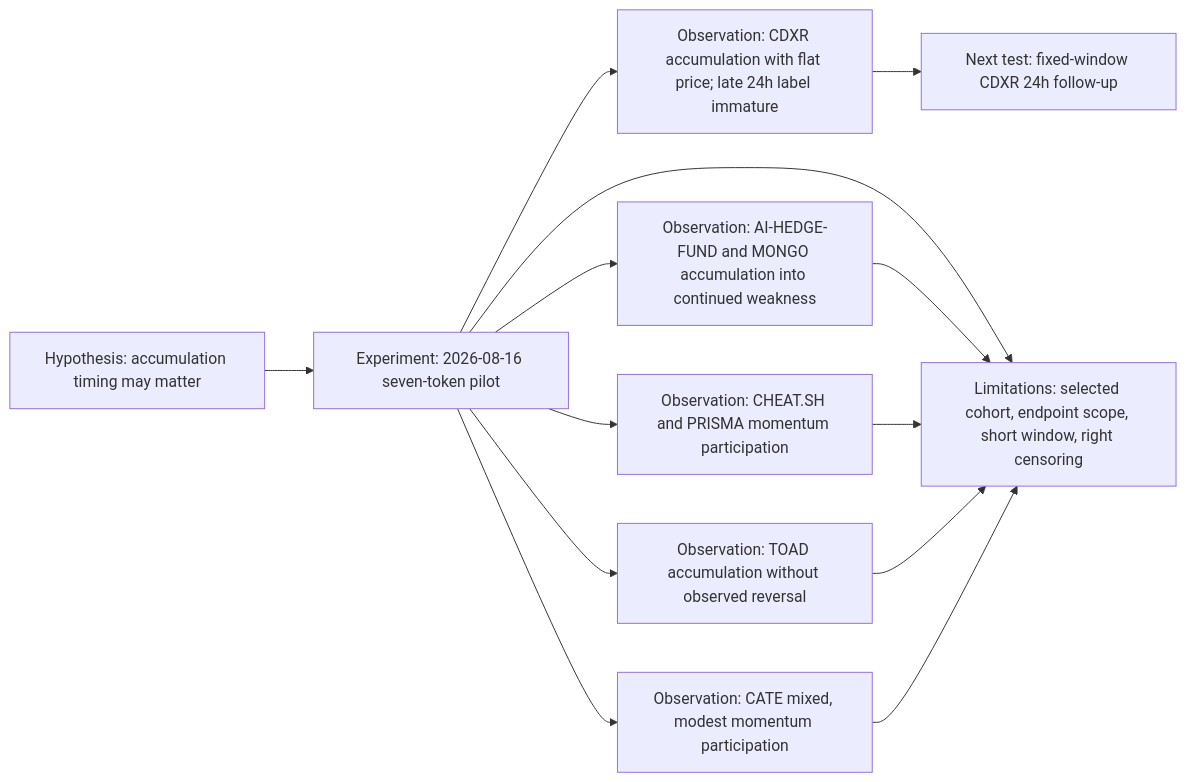
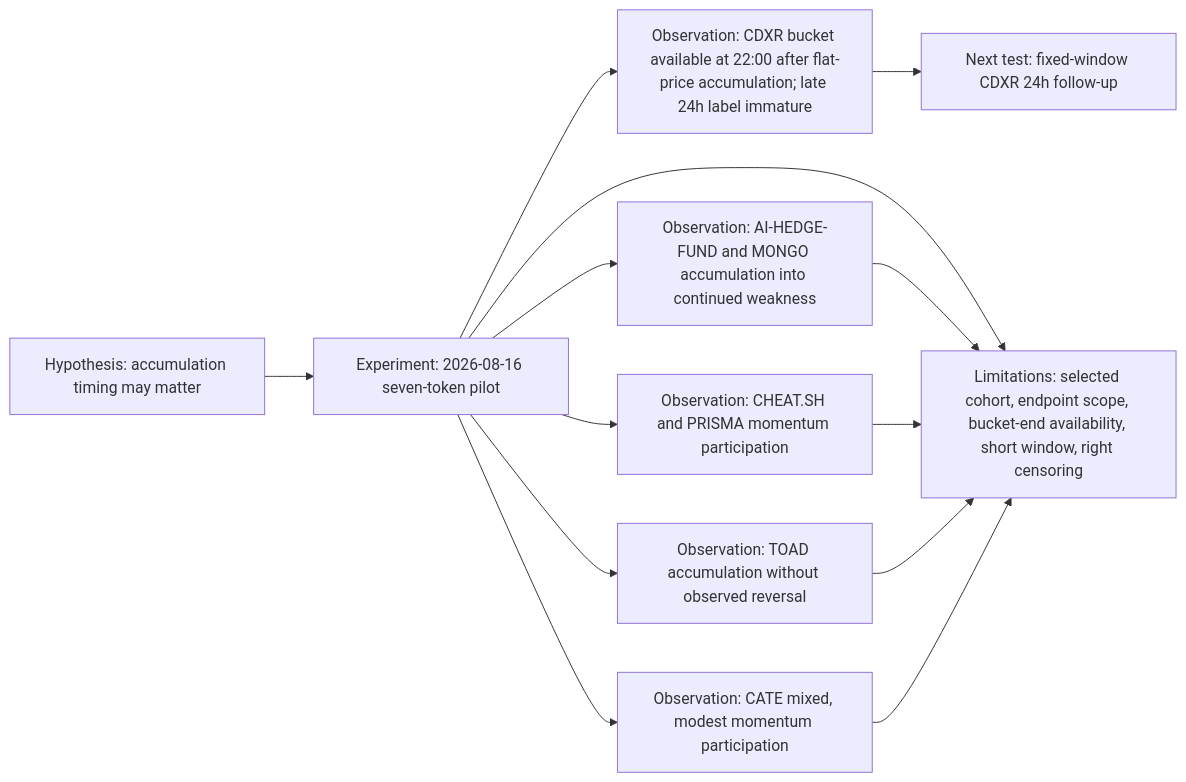
One commit to u-dont-existDOTcom/nansen changed the diagram in docs/RESEARCH-GRAPH.md. Above: the diagram before and after it, drawn with Mermaid. The commit also changed 17 other files, not shown here.

````diff
--- a/docs/RESEARCH-GRAPH.md
+++ b/docs/RESEARCH-GRAPH.md
@@ -5,25 +5,25 @@
 ```mermaid
 flowchart LR
     hyp_smart_money_timing["Hypothesis: accumulation timing may matter"]
     exp_20260816_seven_token_pilot["Experiment: 2026-08-16 seven-token pilot"]
-    obs_cdxr_flat_accumulation["Observation: CDXR accumulation with flat price; late 24h label immature"]
+    obs_cdxr_flat_accumulation["Observation: CDXR bucket available at 22:00 after flat-price accumulation; late 24h label immature"]
     obs_weakness_continues["Observation: AI-HEDGE-FUND and MONGO accumulation into continued weakness"]
     obs_momentum_participation["Observation: CHEAT.SH and PRISMA momentum participation"]
     obs_toad_no_reversal["Observation: TOAD accumulation without observed reversal"]
     obs_cate_mixed["Observation: CATE mixed, modest momentum participation"]
-    lim_selected_endpoint_window["Limitations: selected cohort, endpoint scope, short window, right censoring"]
+    lim_selected_endpoint_window["Limitations: selected cohort, endpoint scope, bucket-end availability, short window, right censoring"]
     next_cdxr_fixed_window["Next test: fixed-window CDXR 24h follow-up"]
 
     hyp_smart_money_timing --> exp_20260816_seven_token_pilot
     exp_20260816_seven_token_pilot --> obs_cdxr_flat_accumulation
     exp_20260816_seven_token_pilot --> obs_weakness_continues
     exp_20260816_seven_token_pilot --> obs_momentum_participation
     exp_20260816_seven_token_pilot --> obs_toad_no_reversal
     exp_20260816_seven_token_pilot --> obs_cate_mixed
     exp_20260816_seven_token_pilot --> lim_selected_endpoint_window
     obs_cdxr_flat_accumulation --> next_cdxr_fixed_window
     obs_weakness_continues --> lim_selected_endpoint_window
     obs_momentum_participation --> lim_selected_endpoint_window
     obs_toad_no_reversal --> lim_selected_endpoint_window
     obs_cate_mixed --> lim_selected_endpoint_window
 ```
````
